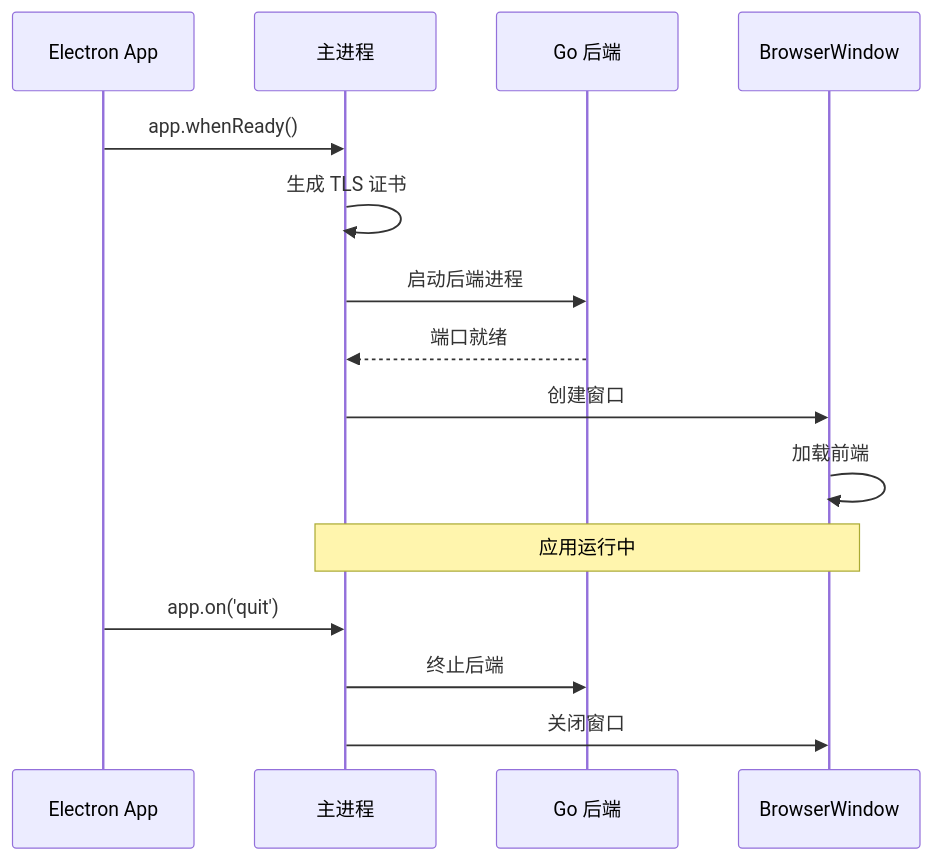
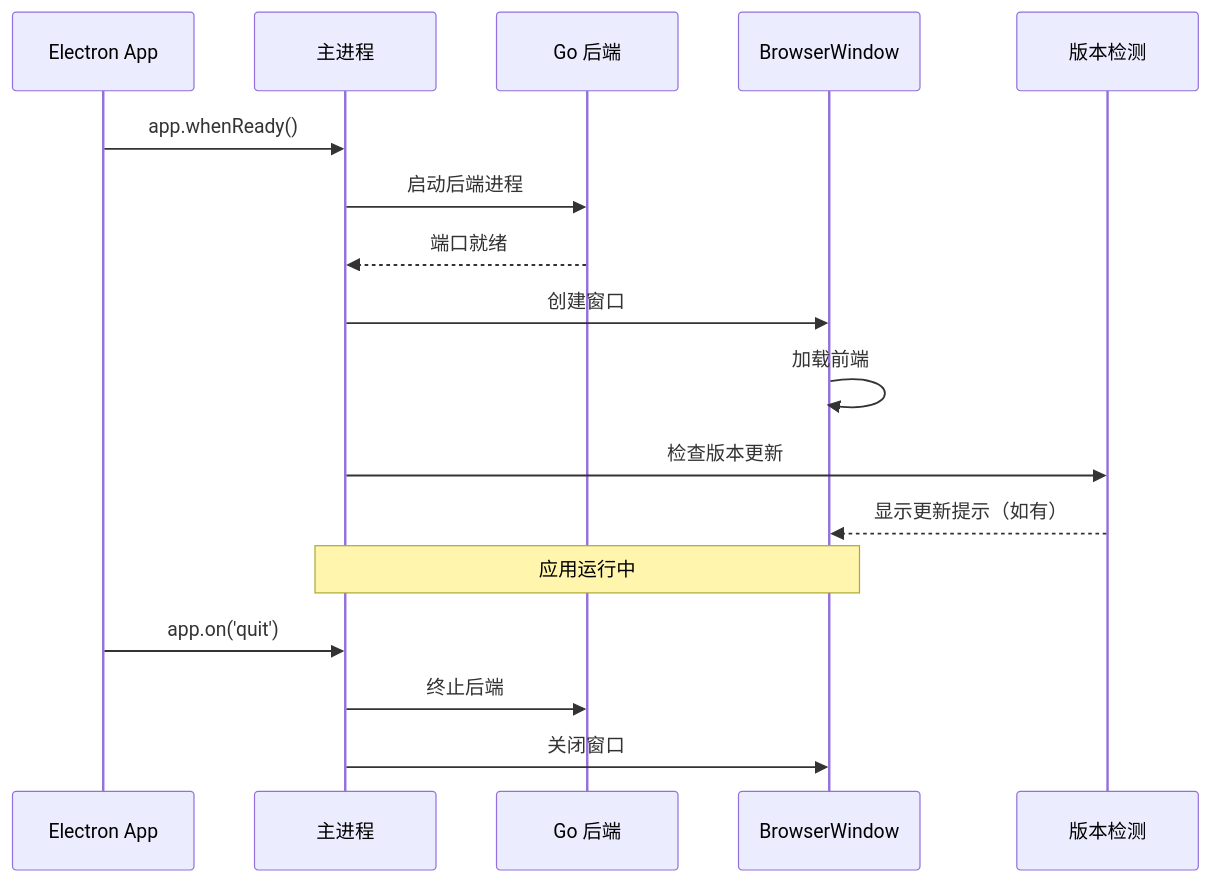
The diagram in docs/electron/README.md (3SAILab/Focus), drawn with Mermaid before and after one commit. The commit also changed other lines of this file and 13 other files, not shown here.

````diff
--- a/docs/electron/README.md
+++ b/docs/electron/README.md
@@ -30,20 +30,22 @@
 ```mermaid
 sequenceDiagram
     participant App as Electron App
     participant Main as 主进程
     participant Backend as Go 后端
     participant Window as BrowserWindow
+    participant Version as 版本检测
     
     App->>Main: app.whenReady()
-    Main->>Main: 生成 TLS 证书
     Main->>Backend: 启动后端进程
     Backend-->>Main: 端口就绪
     Main->>Window: 创建窗口
     Window->>Window: 加载前端
+    Main->>Version: 检查版本更新
+    Version-->>Window: 显示更新提示（如有）
     
     Note over Main,Window: 应用运行中
     
     App->>Main: app.on('quit')
     Main->>Backend: 终止后端
     Main->>Window: 关闭窗口
 ```
````
